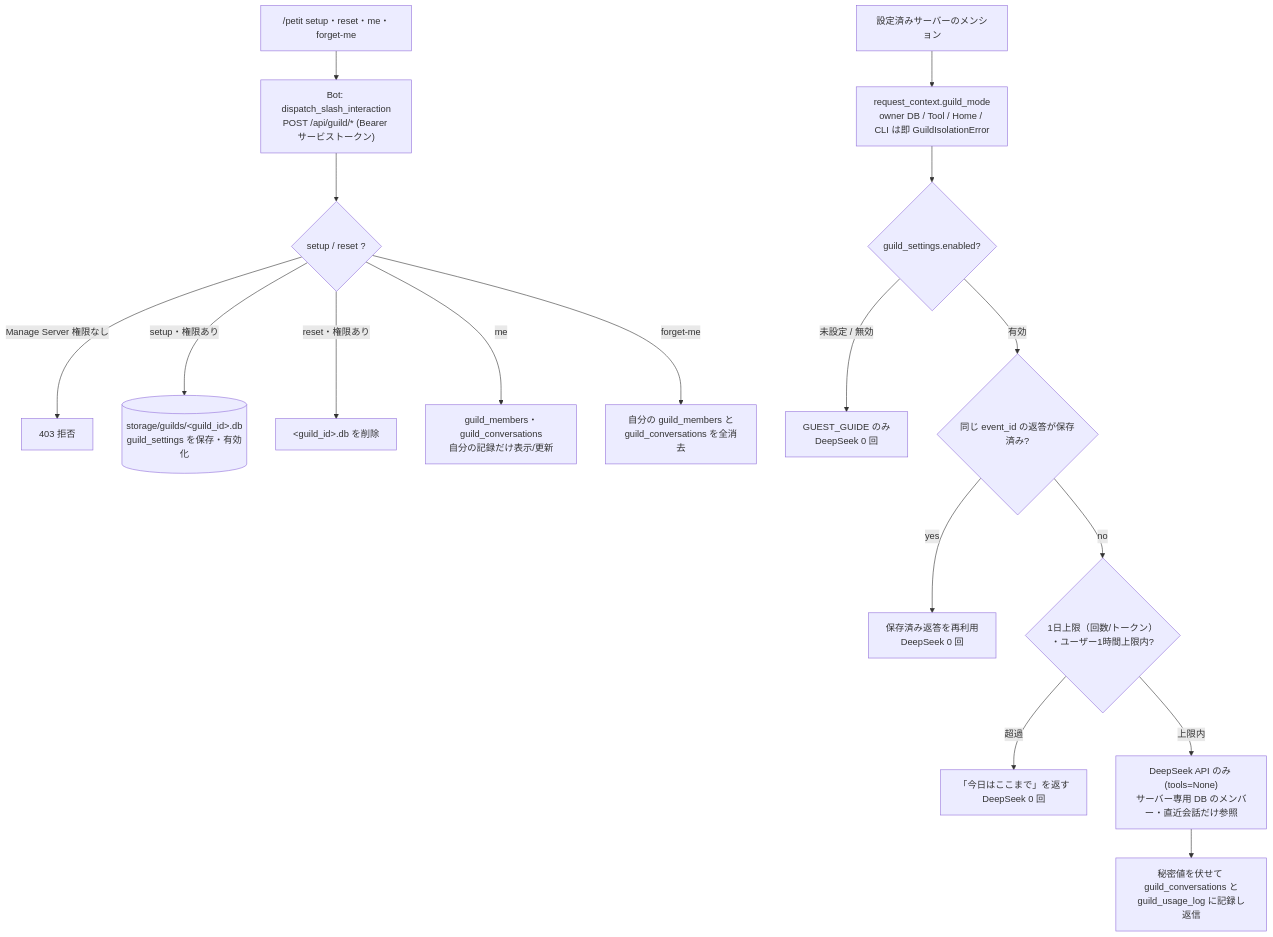
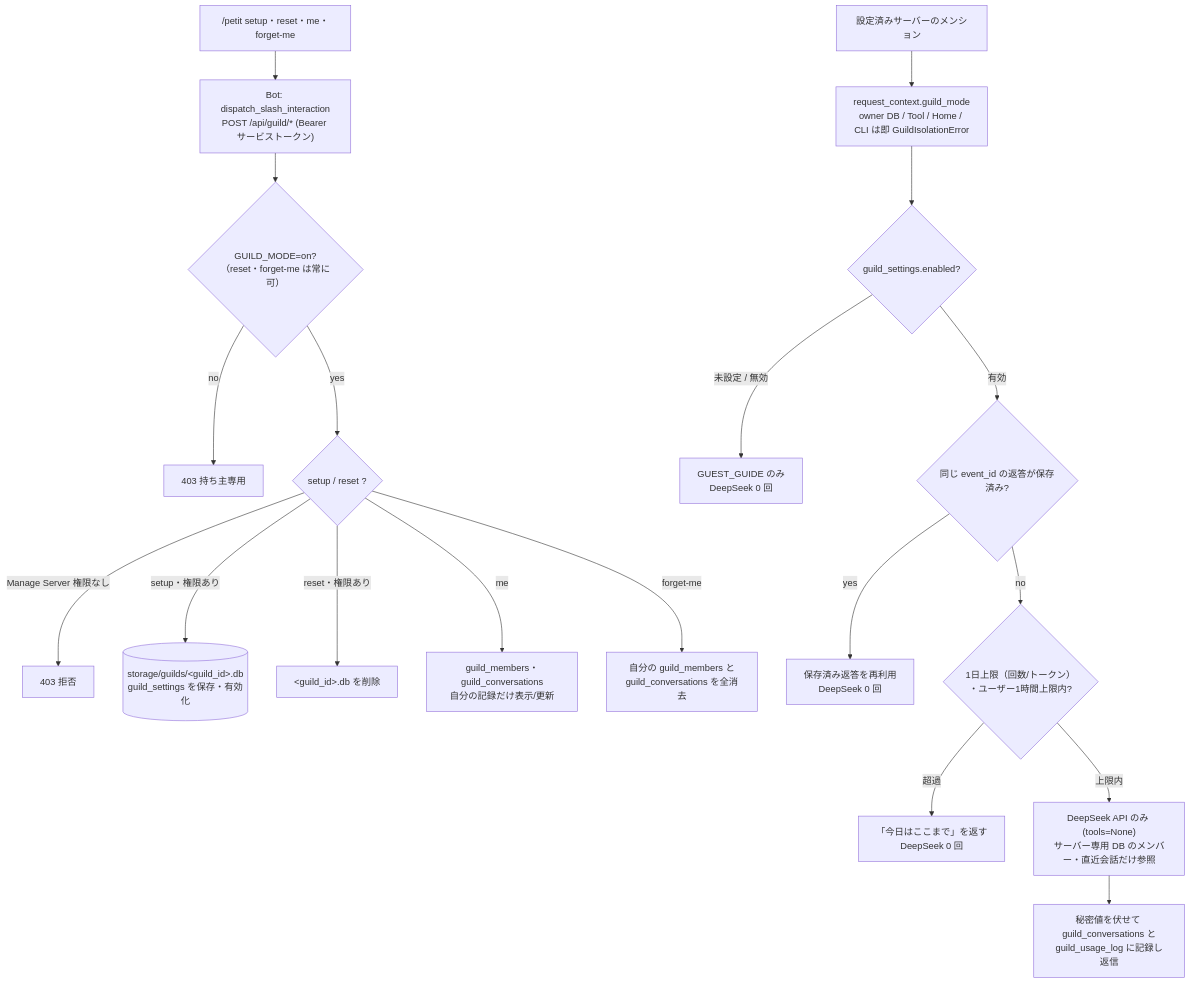
One commit to Soso2e/PETIT changed diagram 12 of 48 in docs/runtime-flows.md. Above: the diagram before and after it, drawn with Mermaid. The commit also changed other lines of this file and 29 other files, not shown here.

````diff
--- a/docs/runtime-flows.md
+++ b/docs/runtime-flows.md
@@ -278,20 +306,22 @@
 ```mermaid
 flowchart TD
     Slash["/petit setup・reset・me・forget-me"] --> RelaySlash["Bot: dispatch_slash_interaction<br/>POST /api/guild/* (Bearer サービストークン)"]
-    RelaySlash --> Perm{setup / reset ?}
+    RelaySlash --> GMode{"GUILD_MODE=on?<br/>（reset・forget-me は常に可）"}
+    GMode -->|no| Private[403 持ち主専用]
+    GMode -->|yes| Perm{setup / reset ?}
     Perm -->|Manage Server 権限なし| Deny403[403 拒否]
     Perm -->|setup・権限あり| InitDB[("storage/guilds/&lt;guild_id&gt;.db<br/>guild_settings を保存・有効化")]
     Perm -->|reset・権限あり| DropDB["&lt;guild_id&gt;.db を削除"]
     Perm -->|me| MeDB["guild_members・guild_conversations<br/>自分の記録だけ表示/更新"]
     Perm -->|forget-me| ForgetDB["自分の guild_members と<br/>guild_conversations を全消去"]
 
     Mention[設定済みサーバーのメンション] --> Guard["request_context.guild_mode<br/>owner DB / Tool / Home / CLI は即 GuildIsolationError"]
     Guard --> Config{guild_settings.enabled?}
     Config -->|未設定 / 無効| Zero[GUEST_GUIDE のみ<br/>DeepSeek 0 回]
     Config -->|有効| Idem{同じ event_id の返答が保存済み?}
     Idem -->|yes| Saved[保存済み返答を再利用<br/>DeepSeek 0 回]
     Idem -->|no| Budget{1日上限（回数/トークン）<br/>・ユーザー1時間上限内?}
     Budget -->|超過| Stop["「今日はここまで」を返す<br/>DeepSeek 0 回"]
     Budget -->|上限内| DS["DeepSeek API のみ (tools=None)<br/>サーバー専用 DB のメンバー・直近会話だけ参照"]
     DS --> Redact[秘密値を伏せて guild_conversations と<br/>guild_usage_log に記録し返信]
 ```
````
